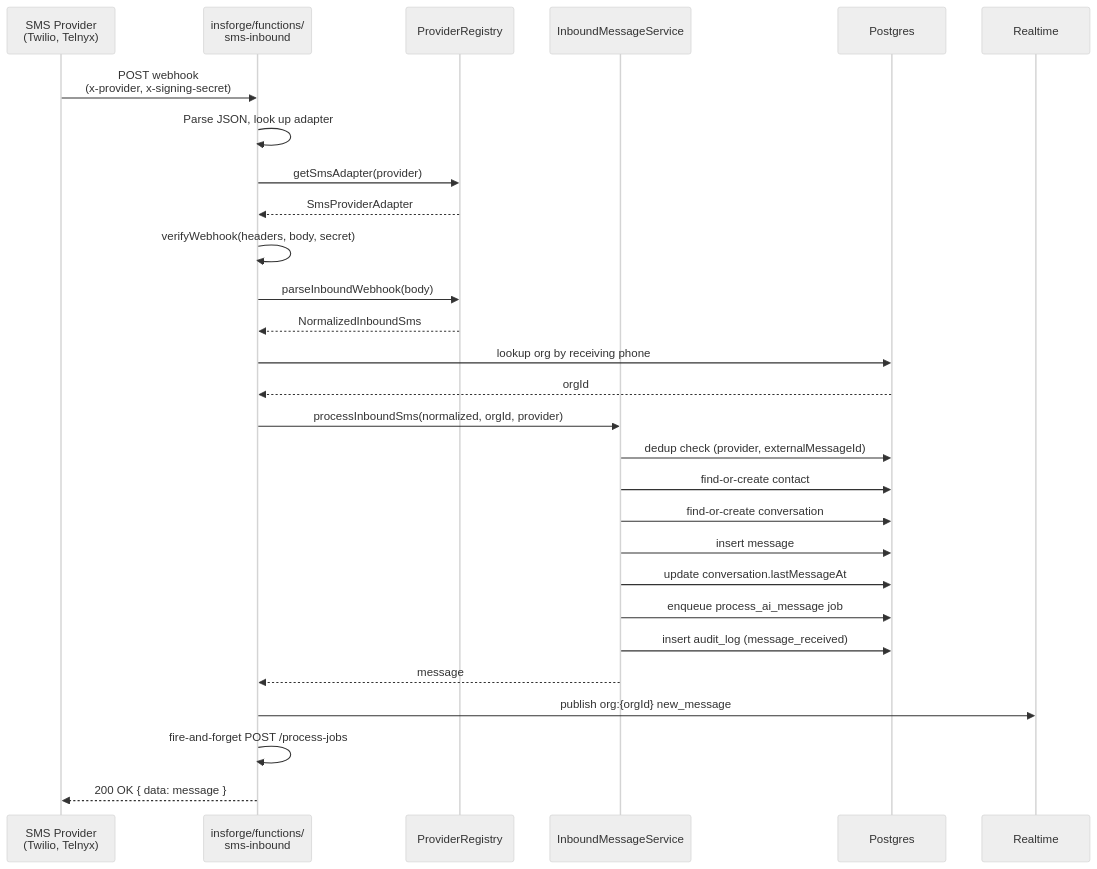
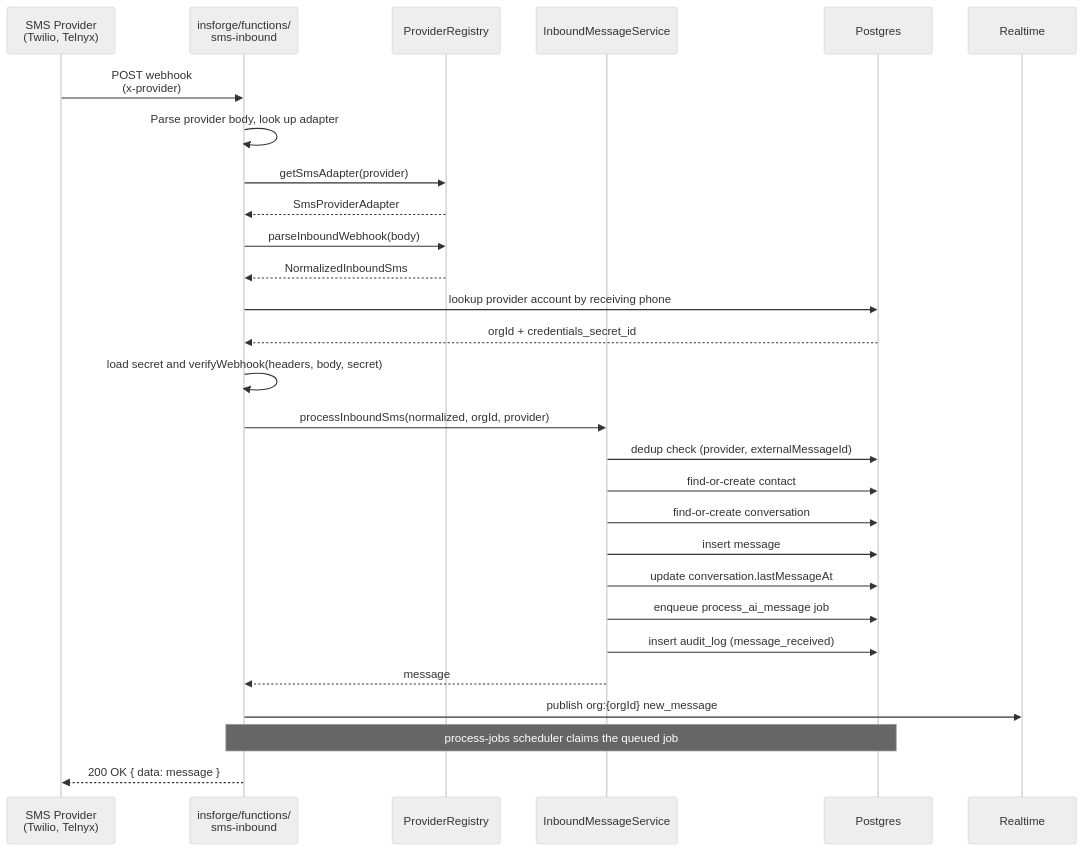
The second of 6 diagrams in docs/reference/architecture.md (Xuefeng-Zhu/InboxPilot), drawn with Mermaid (neutral theme) before and after one commit. The commit also changed 81 other files, not shown here.

````diff
--- a/docs/reference/architecture.md
+++ b/docs/reference/architecture.md
@@ -106,31 +106,31 @@
 ```mermaid
 sequenceDiagram
   participant Provider as SMS Provider<br/>(Twilio, Telnyx)
   participant Func as insforge/functions/<br/>sms-inbound
   participant Reg as ProviderRegistry
   participant IMS as InboundMessageService
   participant DB as Postgres
   participant RT as Realtime
 
-  Provider->>Func: POST webhook<br/>(x-provider, x-signing-secret)
-  Func->>Func: Parse JSON, look up adapter
+  Provider->>Func: POST webhook<br/>(x-provider)
+  Func->>Func: Parse provider body, look up adapter
   Func->>Reg: getSmsAdapter(provider)
   Reg-->>Func: SmsProviderAdapter
-  Func->>Func: verifyWebhook(headers, body, secret)
   Func->>Reg: parseInboundWebhook(body)
   Reg-->>Func: NormalizedInboundSms
-  Func->>DB: lookup org by receiving phone
-  DB-->>Func: orgId
+  Func->>DB: lookup provider account by receiving phone
+  DB-->>Func: orgId + credentials_secret_id
+  Func->>Func: load secret and verifyWebhook(headers, body, secret)
   Func->>IMS: processInboundSms(normalized, orgId, provider)
   IMS->>DB: dedup check (provider, externalMessageId)
   IMS->>DB: find-or-create contact
   IMS->>DB: find-or-create conversation
   IMS->>DB: insert message
   IMS->>DB: update conversation.lastMessageAt
   IMS->>DB: enqueue process_ai_message job
   IMS->>DB: insert audit_log (message_received)
   IMS-->>Func: message
   Func->>RT: publish org:{orgId} new_message
-  Func->>Func: fire-and-forget POST /process-jobs
+  Note over Func,DB: process-jobs scheduler claims the queued job
   Func-->>Provider: 200 OK { data: message }
 ```
````
